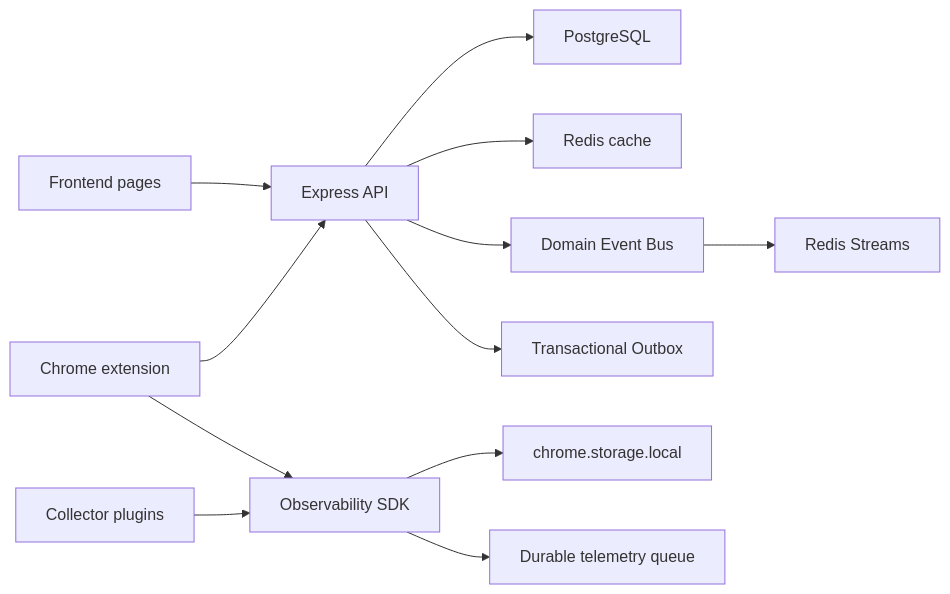
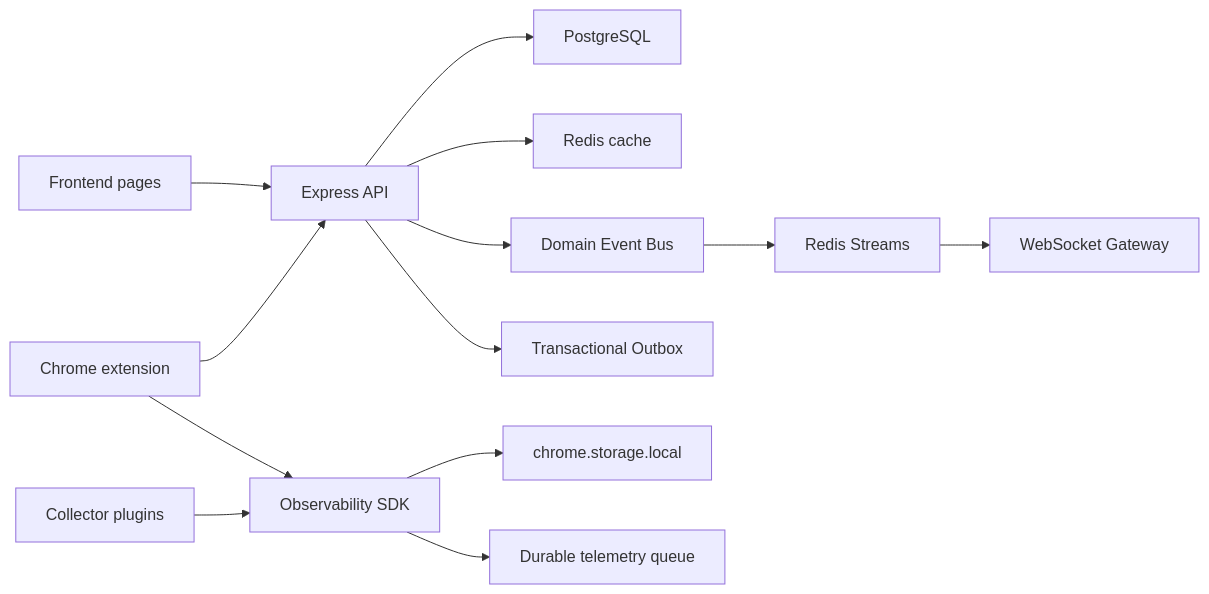
One commit to Absosh/CPInsight changed the diagram in docs/README.md. Above: the diagram before and after it, drawn with Mermaid. The commit also changed other lines of this file and 27 other files, not shown here.

Commit message:
feat(realtime): add redis-backed websocket gateway

````diff
--- a/docs/README.md
+++ b/docs/README.md
@@ -65,14 +66,15 @@
 ```mermaid
 flowchart LR
   Browser["Frontend pages"] --> API["Express API"]
   API --> PG["PostgreSQL"]
   API --> Redis["Redis cache"]
   API --> DomainBus["Domain Event Bus"]
   API --> Outbox["Transactional Outbox"]
   DomainBus --> RedisStreams["Redis Streams"]
+  RedisStreams --> Realtime["WebSocket Gateway"]
   Extension["Chrome extension"] --> API
   Extension --> SDK["Observability SDK"]
   SDK --> Store["chrome.storage.local"]
   SDK --> Queue["Durable telemetry queue"]
   Collectors["Collector plugins"] --> SDK
 ```
````
